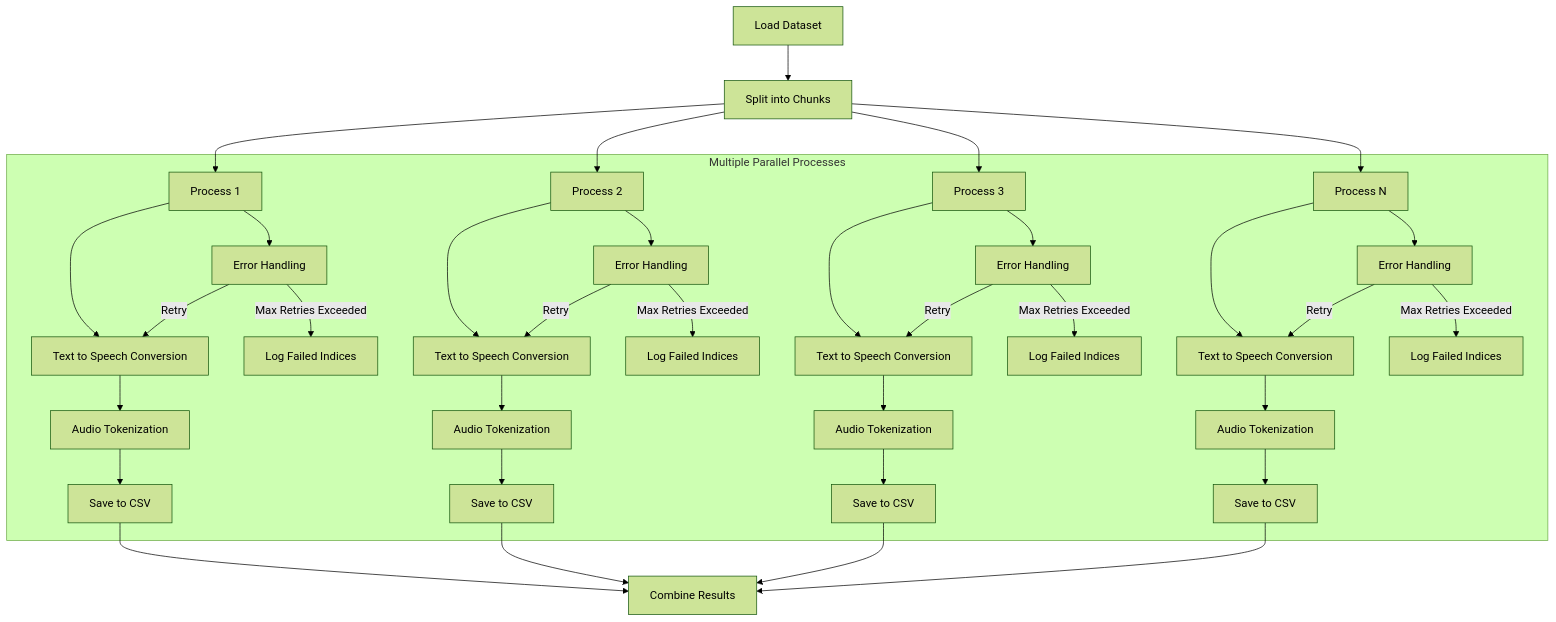
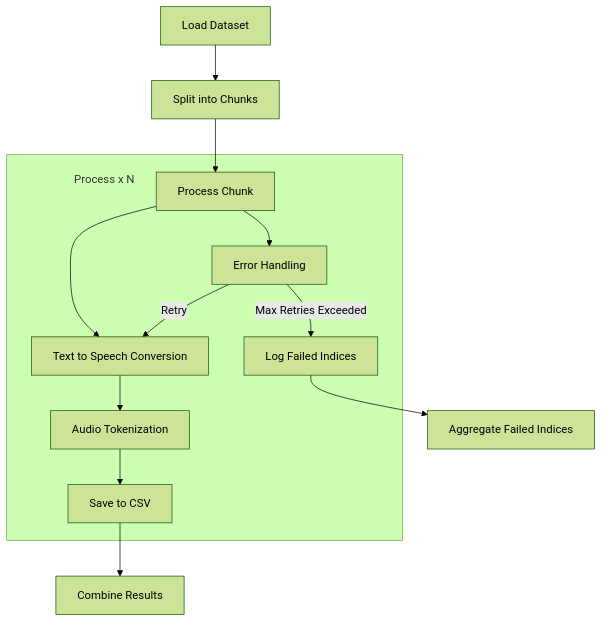
Before and after one commit to homebrewltd/ichigo: the diagram in synthetic_data/README.md, drawn with Mermaid (forest theme).

Commit message:
chores: modify readme data flow

````diff
--- a/synthetic_data/README.md
+++ b/synthetic_data/README.md
@@ -125,45 +125,20 @@
 ```mermaid
 graph TD
     A[Load Dataset] --> B[Split into Chunks]
-    B --> C1[Process 1]
-    B --> C2[Process 2]
-    B --> C3[Process 3]
-    B --> C4[Process N]
+    B --> C[Process Chunk]
     
-    subgraph "Multiple Parallel Processes"
-    C1 --> D1[Text to Speech Conversion]
-    C2 --> D2[Text to Speech Conversion]
-    C3 --> D3[Text to Speech Conversion]
-    C4 --> D4[Text to Speech Conversion]
-    
-    D1 --> E1[Audio Tokenization]
-    D2 --> E2[Audio Tokenization]
-    D3 --> E3[Audio Tokenization]
-    D4 --> E4[Audio Tokenization]
-    
-    E1 --> F1[Save to CSV]
-    E2 --> F2[Save to CSV]
-    E3 --> F3[Save to CSV]
-    E4 --> F4[Save to CSV]
-    
-    C1 --> G1[Error Handling]
-    C2 --> G2[Error Handling]
-    C3 --> G3[Error Handling]
-    C4 --> G4[Error Handling]
-    
-    G1 -->|Retry| D1
-    G2 -->|Retry| D2
-    G3 -->|Retry| D3
-    G4 -->|Retry| D4
-    
-    G1 -->|Max Retries Exceeded| H1[Log Failed Indices]
-    G2 -->|Max Retries Exceeded| H2[Log Failed Indices]
-    G3 -->|Max Retries Exceeded| H3[Log Failed Indices]
-    G4 -->|Max Retries Exceeded| H4[Log Failed Indices]
+    subgraph PROC ["Process x N"]
+        C --> D[Text to Speech Conversion]
+        D --> E[Audio Tokenization]
+        E --> F[Save to CSV]
+        C --> G[Error Handling]
+        G -->|Retry| D
+        G -->|Max Retries Exceeded| H[Log Failed Indices]
     end
     
-    F1 --> I[Combine Results]
-    F2 --> I
-    F3 --> I
-    F4 --> I
+    F --> I[Combine Results]
+    H --> J[Aggregate Failed Indices]
+
+    classDef PROC padding-left:23em;
+    class PROC PROC;
 ```
````
